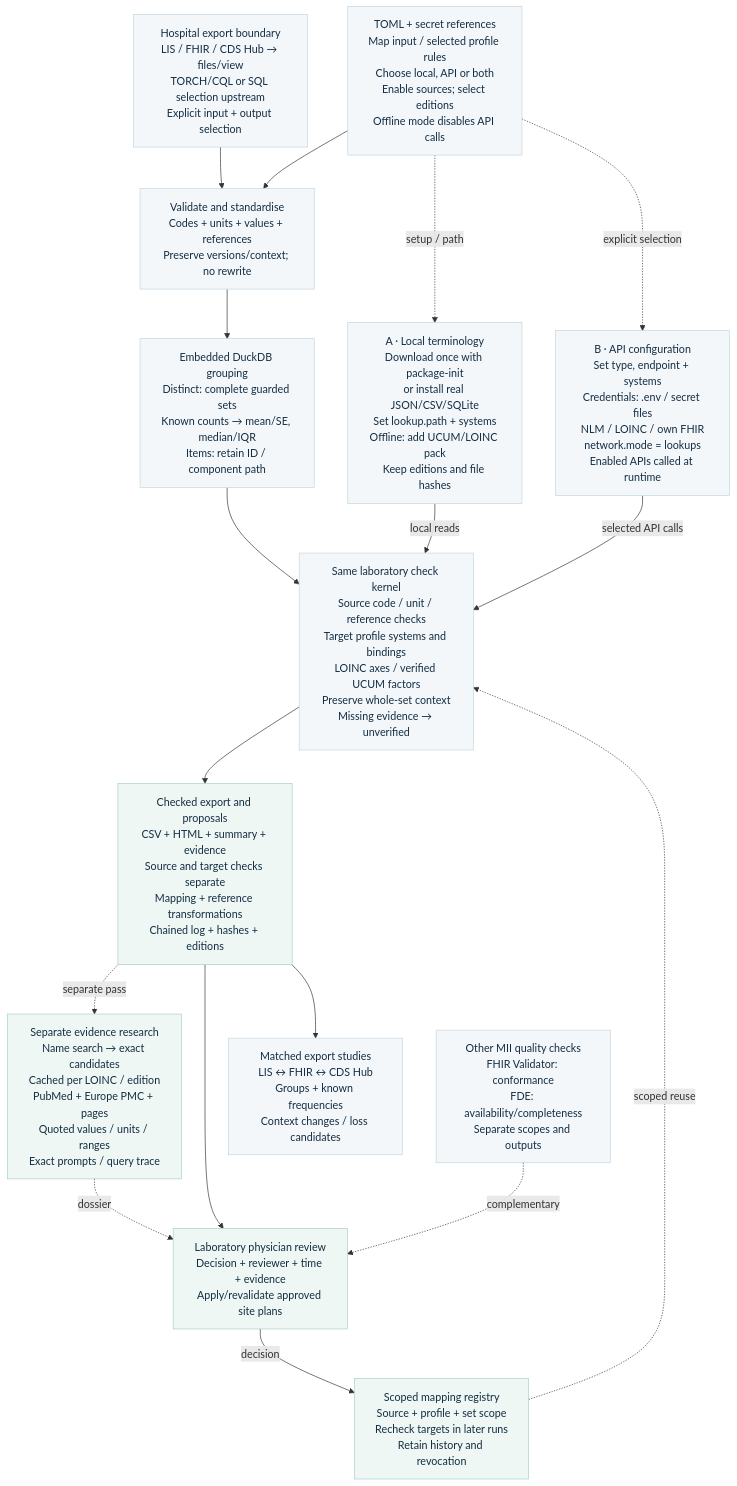
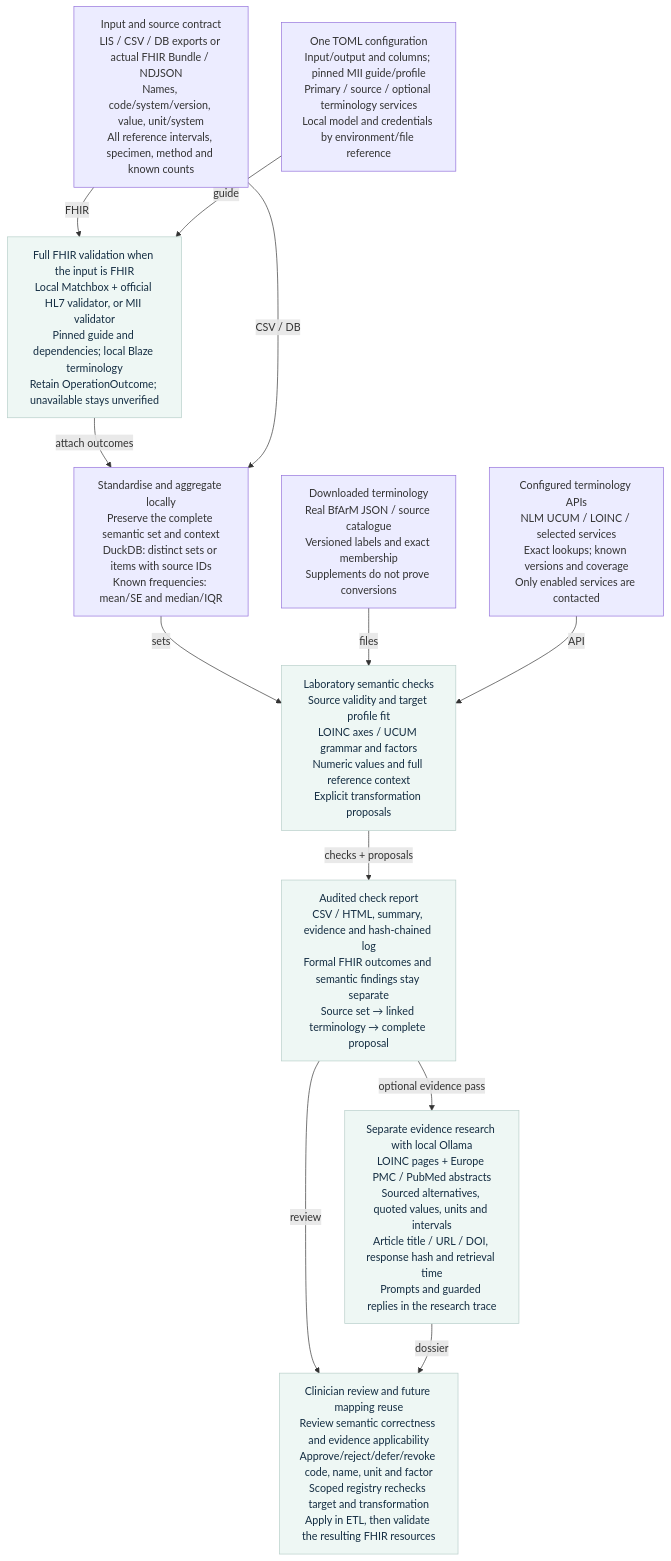
Before and after one commit to neumdan/semantic-plausibility: the diagram in docs/architecture.mmd, drawn with Mermaid. The commit also changed 55 other files, not shown here.

First line of the commit message:
Add sourced laboratory review and FHIR profile validation

```diff
--- a/docs/architecture.mmd
+++ b/docs/architecture.mmd
@@ -1,36 +1,26 @@
 %% Same node/edge contract as architecture.svg.
 flowchart TD
-    INPUT["Hospital export boundary<br/>LIS / FHIR / CDS Hub → files/view<br/>TORCH/CQL or SQL selection upstream<br/>Explicit input + output selection"]
-    CONFIG["TOML + secret references<br/>Map input / selected profile rules<br/>Choose local, API or both<br/>Enable sources; select editions<br/>Offline mode disables API calls"]
-    NORMAL["Validate and standardise<br/>Codes + units + values + references<br/>Preserve versions/context; no rewrite"]
-    GROUP["Embedded DuckDB grouping<br/>Distinct: complete guarded sets<br/>Known counts → mean/SE, median/IQR<br/>Items: retain ID / component path"]
-    LOCAL["A · Local terminology<br/>Download once with package-init<br/>or install real JSON/CSV/SQLite<br/>Set lookup.path + systems<br/>Offline: add UCUM/LOINC pack<br/>Keep editions and file hashes"]
-    API["B · API configuration<br/>Set type, endpoint + systems<br/>Credentials: .env / secret files<br/>NLM / LOINC / own FHIR<br/>network.mode = lookups<br/>Enabled APIs called at runtime"]
-    CHECK["Same laboratory check kernel<br/>Source code / unit / reference checks<br/>Target profile systems and bindings<br/>LOINC axes / verified UCUM factors<br/>Preserve whole-set context<br/>Missing evidence → unverified"]
-    RESEARCH["Separate evidence research<br/>Name search → exact candidates<br/>Cached per LOINC / edition<br/>PubMed + Europe PMC + pages<br/>Quoted values / units / ranges<br/>Exact prompts / query trace"]
-    QC["Other MII quality checks<br/>FHIR Validator: conformance<br/>FDE: availability/completeness<br/>Separate scopes and outputs"]
-    OUTPUT["Checked export and proposals<br/>CSV + HTML + summary + evidence<br/>Source and target checks separate<br/>Mapping + reference transformations<br/>Chained log + hashes + editions"]
-    STUDY["Matched export studies<br/>LIS ↔ FHIR ↔ CDS Hub<br/>Groups + known frequencies<br/>Context changes / loss candidates"]
-    REGISTRY["Scoped mapping registry<br/>Source + profile + set scope<br/>Recheck targets in later runs<br/>Retain history and revocation"]
-    EXPERT["Laboratory physician review<br/>Decision + reviewer + time + evidence<br/>Apply/revalidate approved site plans"]
-    INPUT --> NORMAL
-    CONFIG --> NORMAL
-    NORMAL --> GROUP
-    CONFIG -.-> |"setup / path"| LOCAL
-    CONFIG -.-> |"explicit selection"| API
-    GROUP --> CHECK
-    LOCAL --> |"local reads"| CHECK
-    API --> |"selected API calls"| CHECK
-    OUTPUT -.-> |"separate pass"| RESEARCH
-    CHECK --> OUTPUT
-    RESEARCH -.-> |"dossier"| EXPERT
-    EXPERT --> |"decision"| REGISTRY
-    REGISTRY -.-> |"scoped reuse"| CHECK
-    OUTPUT --> STUDY
-    OUTPUT --> EXPERT
-    QC -.-> |"complementary"| EXPERT
-    classDef normal fill:#f3f7fa,stroke:#c4d5df,color:#142d42
-    class INPUT,CONFIG,NORMAL,GROUP,LOCAL,API,CHECK,QC,STUDY normal
-    classDef teal fill:#eef7f4,stroke:#a8cfc6,color:#142d42
-    class RESEARCH,OUTPUT,REGISTRY,EXPERT teal
-    classDef error fill:#fcf1f3,stroke:#ecc7cf,color:#142d42
+    INPUT["Input and source contract<br/>LIS / CSV / DB exports or actual FHIR Bundle / NDJSON<br/>Names, code/system/version, value, unit/system<br/>All reference intervals, specimen, method and known counts"]
+    CONFIG["One TOML configuration<br/>Input/output and columns; pinned MII guide/profile<br/>Primary / source / optional terminology services<br/>Local model and credentials by environment/file reference"]
+    VALIDATE["Full FHIR validation when the input is FHIR<br/>Local Matchbox + official HL7 validator, or MII validator<br/>Pinned guide and dependencies; local Blaze terminology<br/>Retain OperationOutcome; unavailable stays unverified"]
+    GROUP["Standardise and aggregate locally<br/>Preserve the complete semantic set and context<br/>DuckDB: distinct sets or items with source IDs<br/>Known frequencies: mean/SE and median/IQR"]
+    LOCAL["Downloaded terminology<br/>Real BfArM JSON / source catalogue<br/>Versioned labels and exact membership<br/>Supplements do not prove conversions"]
+    CHECK["Laboratory semantic checks<br/>Source validity and target profile fit<br/>LOINC axes / UCUM grammar and factors<br/>Numeric values and full reference context<br/>Explicit transformation proposals"]
+    API["Configured terminology APIs<br/>NLM UCUM / LOINC / selected services<br/>Exact lookups; known versions and coverage<br/>Only enabled services are contacted"]
+    REPORT["Audited check report<br/>CSV / HTML, summary, evidence and hash-chained log<br/>Formal FHIR outcomes and semantic findings stay separate<br/>Source set → linked terminology → complete proposal"]
+    RESEARCH["Separate evidence research with local Ollama<br/>LOINC pages + Europe PMC / PubMed abstracts<br/>Sourced alternatives, quoted values, units and intervals<br/>Article title / URL / DOI, response hash and retrieval time<br/>Prompts and guarded replies in the research trace"]
+    REVIEW["Clinician review and future mapping reuse<br/>Review semantic correctness and evidence applicability<br/>Approve/reject/defer/revoke code, name, unit and factor<br/>Scoped registry rechecks target and transformation<br/>Apply in ETL, then validate the resulting FHIR resources"]
+    INPUT --> |"FHIR"| VALIDATE
+    CONFIG --> |"guide"| VALIDATE
+    VALIDATE --> |"attach outcomes"| GROUP
+    INPUT --> |"CSV / DB"| GROUP
+    GROUP --> |"sets"| CHECK
+    LOCAL --> |"files"| CHECK
+    API --> |"API"| CHECK
+    CHECK --> |"checks + proposals"| REPORT
+    REPORT --> |"optional evidence pass"| RESEARCH
+    REPORT --> |"review"| REVIEW
+    RESEARCH --> |"dossier"| REVIEW
+    classDef normal fill:#ffffff,stroke:#b7cec9,color:#142d42
+    classDef teal fill:#eef7f4,stroke:#b7cec9,color:#142d42
+    class VALIDATE,CHECK,REPORT,RESEARCH,REVIEW teal
```
